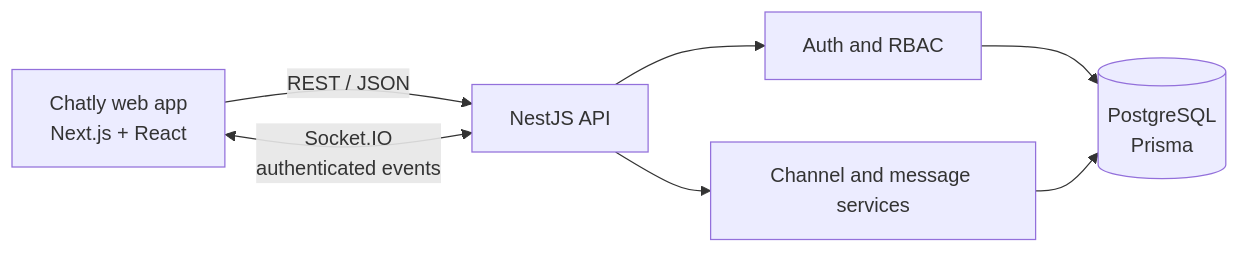
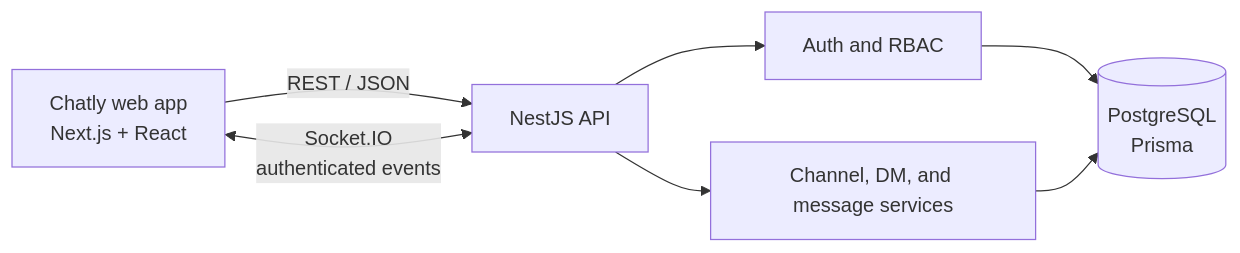
Before and after one commit to kunal-kumar-dev/Chatly: the diagram in README.md, drawn with Mermaid. The commit also changed other lines of this file and 10 other files, not shown here.

````diff
--- a/README.md
+++ b/README.md
@@ -56,9 +59,9 @@
 ```mermaid
 flowchart LR
     Browser["Chatly web app<br/>Next.js + React"] -->|"REST / JSON"| API["NestJS API"]
     Browser <-->|"Socket.IO<br/>authenticated events"| API
     API --> Auth["Auth and RBAC"]
     Auth --> DB[("PostgreSQL<br/>Prisma")]
-    API --> Chat["Channel and message services"]
+    API --> Chat["Channel, DM, and message services"]
     Chat --> DB
 ```
````
